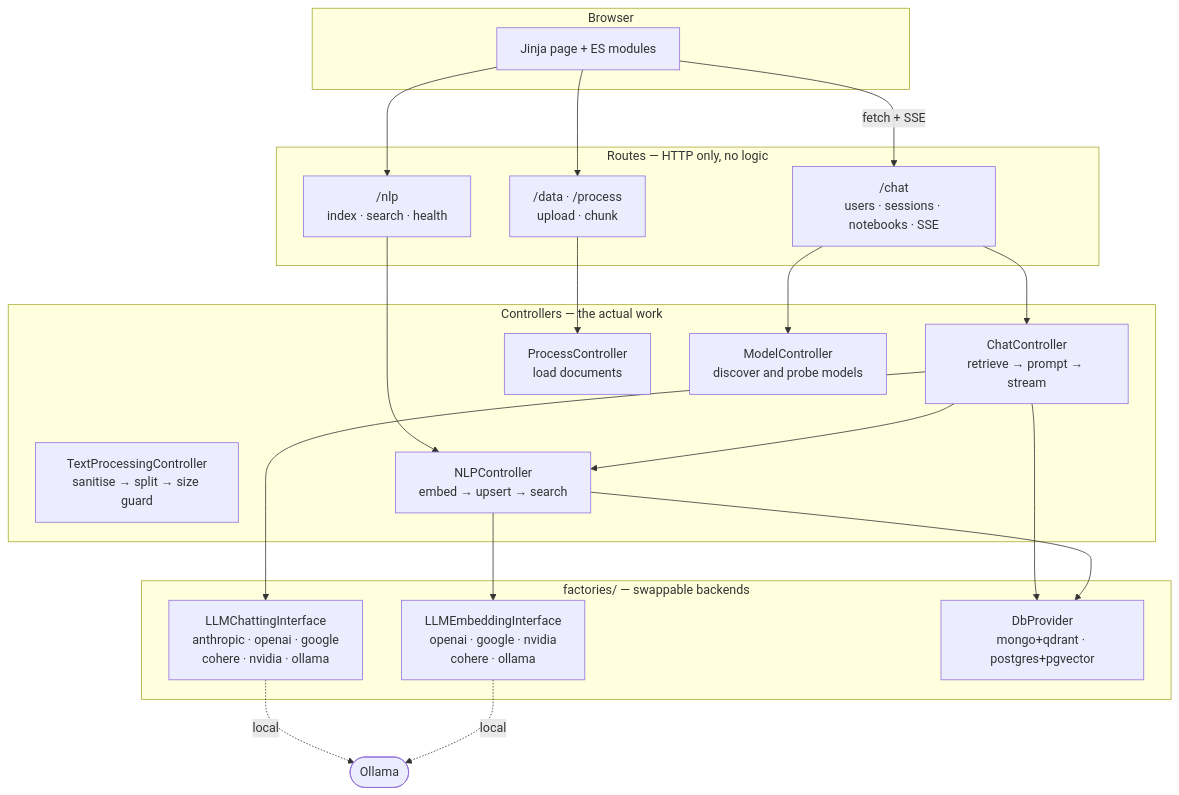
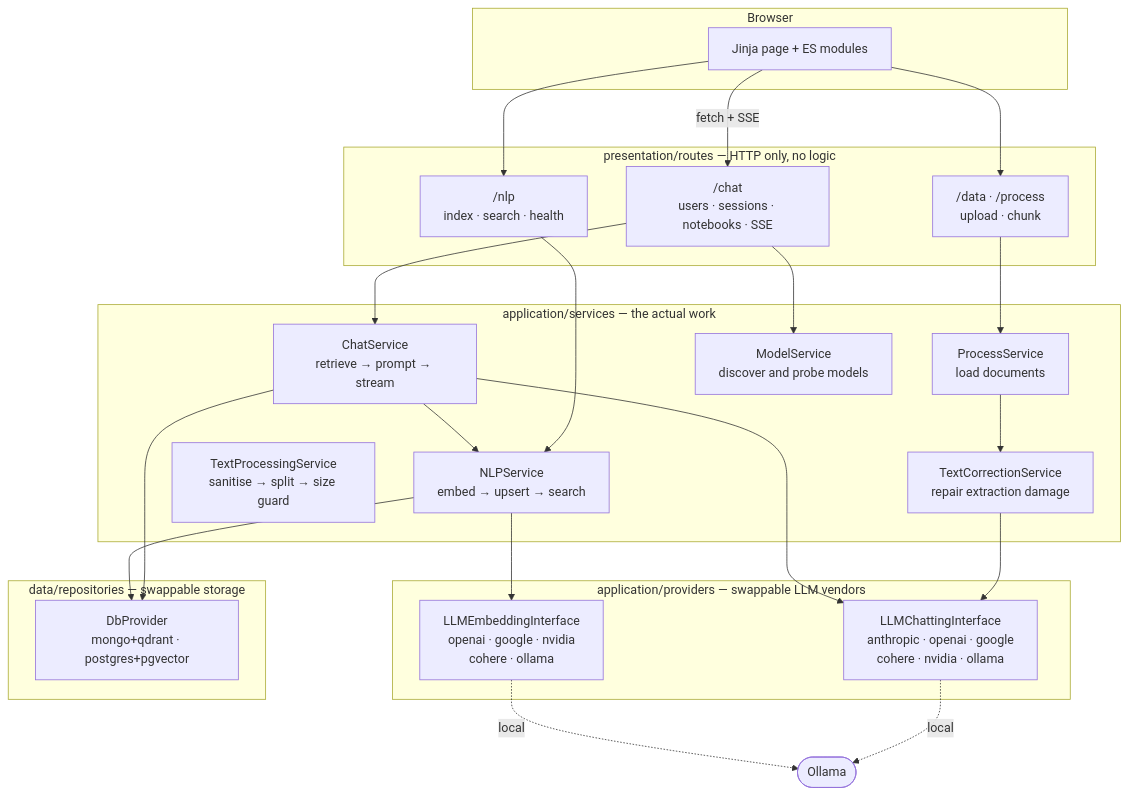
One commit to omarTBakr/notebookllm-minus changed the second of 5 diagrams in README.md. Above: the diagram before and after it, drawn with Mermaid. The commit also changed other lines of this file and 1471 other files, not shown here.

````diff
--- a/README.md
+++ b/README.md
@@ -191,41 +269,47 @@
 ```mermaid
 flowchart TB
     subgraph browser["Browser"]
         UI["Jinja page + ES modules"]
     end
 
-    subgraph routes["Routes — HTTP only, no logic"]
+    subgraph routes["presentation/routes — HTTP only, no logic"]
         R1["/chat<br/>users · sessions · notebooks · SSE"]
         R2["/data · /process<br/>upload · chunk"]
         R3["/nlp<br/>index · search · health"]
     end
 
-    subgraph controllers["Controllers — the actual work"]
-        C1["ChatController<br/>retrieve → prompt → stream"]
-        C2["ProcessController<br/>load documents"]
-        C5["TextProcessingController<br/>sanitise → split → size guard"]
-        C3["NLPController<br/>embed → upsert → search"]
-        C4["ModelController<br/>discover and probe models"]
+    subgraph services["application/services — the actual work"]
+        C1["ChatService<br/>retrieve → prompt → stream"]
+        C2["ProcessService<br/>load documents"]
+        C6["TextCorrectionService<br/>repair extraction damage"]
+        C5["TextProcessingService<br/>sanitise → split → size guard"]
+        C3["NLPService<br/>embed → upsert → search"]
+        C4["ModelService<br/>discover and probe models"]
     end
 
-    subgraph providers["factories/ — swappable backends"]
+    subgraph providers["application/providers — swappable LLM vendors"]
         P1["LLMChattingInterface<br/>anthropic · openai · google<br/>cohere · nvidia · ollama"]
         P2["LLMEmbeddingInterface<br/>openai · google · nvidia<br/>cohere · ollama"]
+    end
+
+    subgraph data["data/repositories — swappable storage"]
         P3["DbProvider<br/>mongo+qdrant · postgres+pgvector"]
     end
 
     UI -->|"fetch + SSE"| R1
     UI --> R2
     UI --> R3
     R1 --> C1
     R1 --> C4
     R2 --> C2
+    C2 --> C6
+    C6 --> P1
     R3 --> C3
     C1 --> C3
     C1 --> P1
     C3 --> P2
     C1 --> P3
     C3 --> P3
     P1 -.->|"local"| O(["Ollama"])
     P2 -.->|"local"| O
 ```
````
